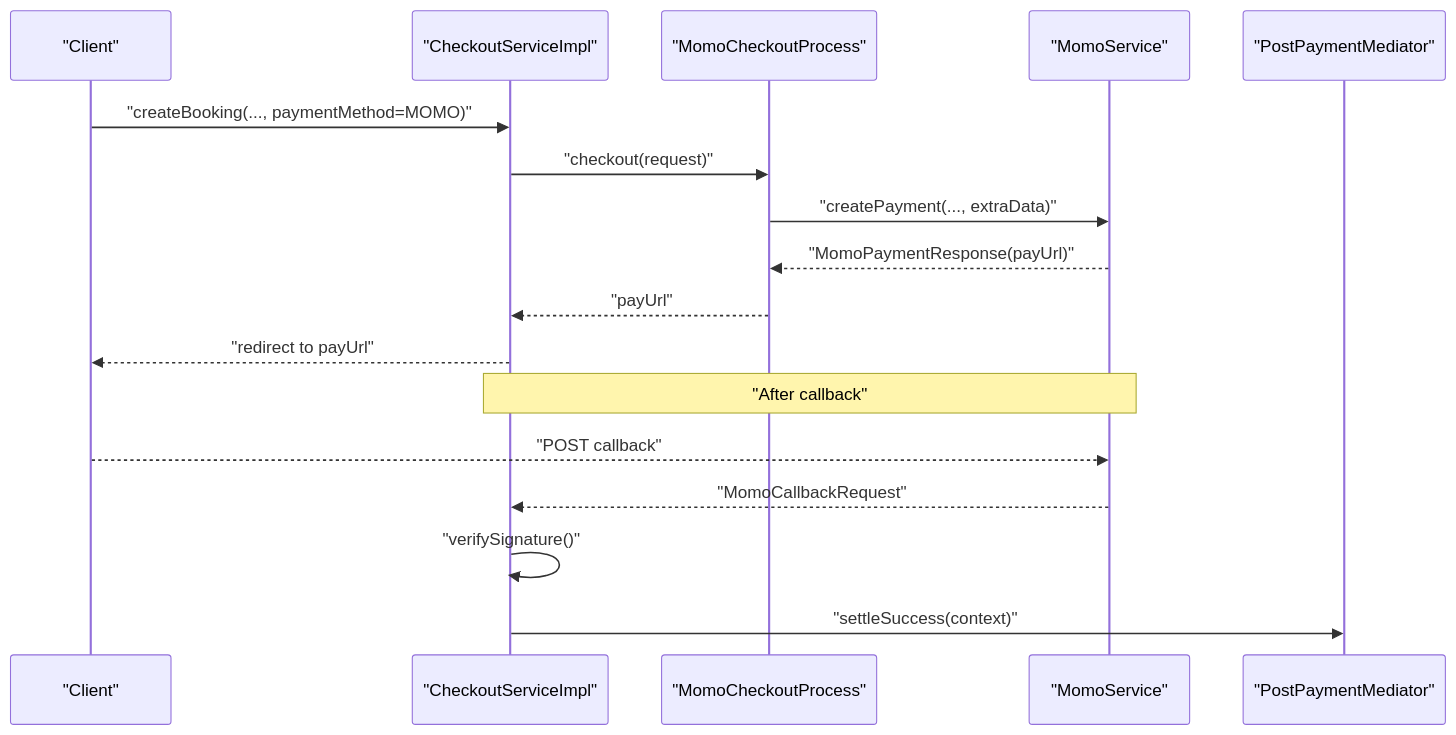
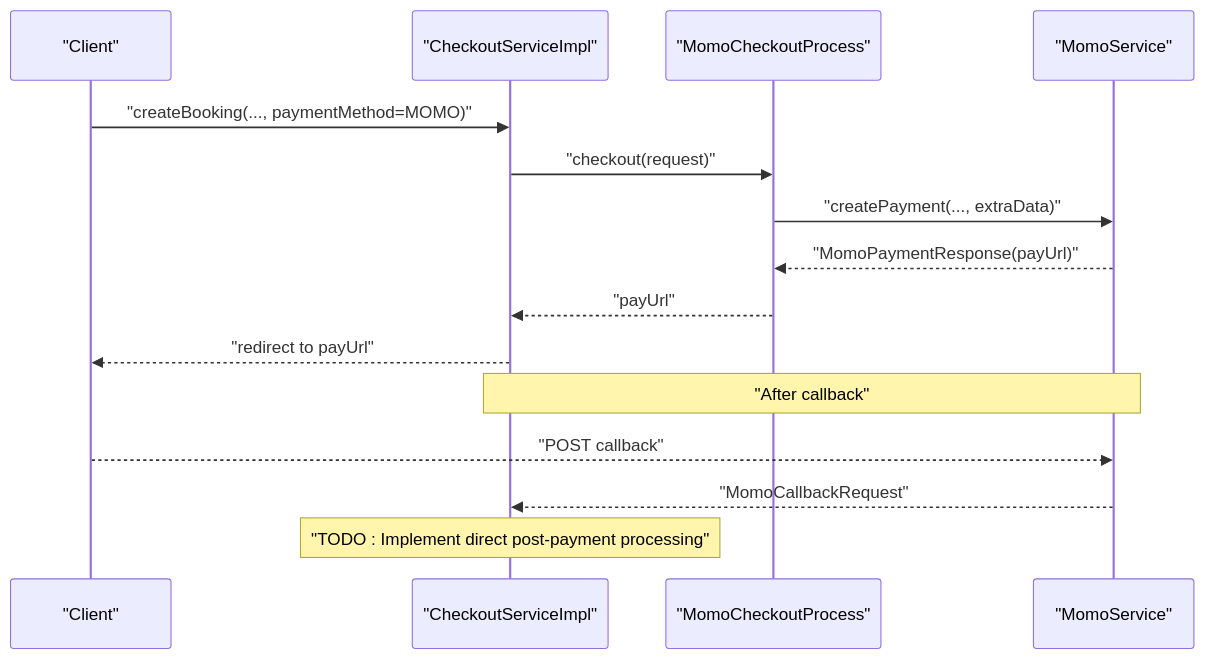
The sixth of 9 diagrams in .qoder/repowiki/en/content/Backend Development/Service Layer Implementation/Core Business Services/Checkout Service.md (anhtudayne/Design_Pattern), drawn with Mermaid before and after one commit. The commit also changed other lines of this file and 10 other files, not shown here.

````diff
--- a/.qoder/repowiki/en/content/Backend Development/Service Layer Implementation/Core Business Services/Checkout Service.md
+++ b/.qoder/repowiki/en/content/Backend Development/Service Layer Implementation/Core Business Services/Checkout Service.md
@@ -314,19 +277,17 @@
 ```mermaid
 sequenceDiagram
 participant Client as "Client"
 participant Svc as "CheckoutServiceImpl"
 participant MoMo as "MomoCheckoutProcess"
 participant Gate as "MomoService"
-participant Med as "PostPaymentMediator"
 Client->>Svc : "createBooking(..., paymentMethod=MOMO)"
 Svc->>MoMo : "checkout(request)"
 MoMo->>Gate : "createPayment(..., extraData)"
 Gate-->>MoMo : "MomoPaymentResponse(payUrl)"
 MoMo-->>Svc : "payUrl"
 Svc-->>Client : "redirect to payUrl"
 Note over Svc,Gate : "After callback"
 Client-->>Gate : "POST callback"
 Gate-->>Svc : "MomoCallbackRequest"
-Svc->>Svc : "verifySignature()"
-Svc->>Med : "settleSuccess(context)"
+Note over Svc : "TODO : Implement direct post-payment processing"
 ```
````
